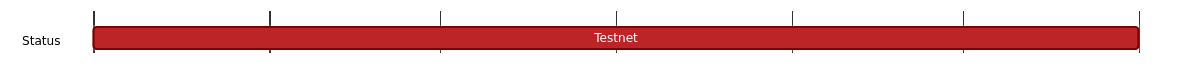
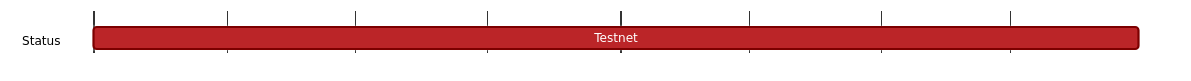
One commit to logos-co/roadmap changed the diagram in content/vac/dst/deployment-and-analysis/codex/testnet.md. Above: the diagram before and after it, drawn with Mermaid.

````diff
--- a/content/vac/dst/deployment-and-analysis/codex/testnet.md
+++ b/content/vac/dst/deployment-and-analysis/codex/testnet.md
@@ -7,20 +7,20 @@
 ```mermaid
 %%{ 
   init: { 
     'theme': 'base', 
     'themeVariables': { 
       'primaryColor': '#BB2528', 
       'primaryTextColor': '#fff', 
       'primaryBorderColor': '#7C0000', 
       'lineColor': '#F8B229', 
       'secondaryColor': '#006100', 
       'tertiaryColor': '#fff' 
     } 
   } 
 }%%
 gantt
   tickInterval 1month
   dateFormat YYYY-MM-DD 
   section Status
-    Testnet: 2024-05-01, 2024-11-01
+    Testnet: 2024-05-01, 2024-12-31
 ```
````
